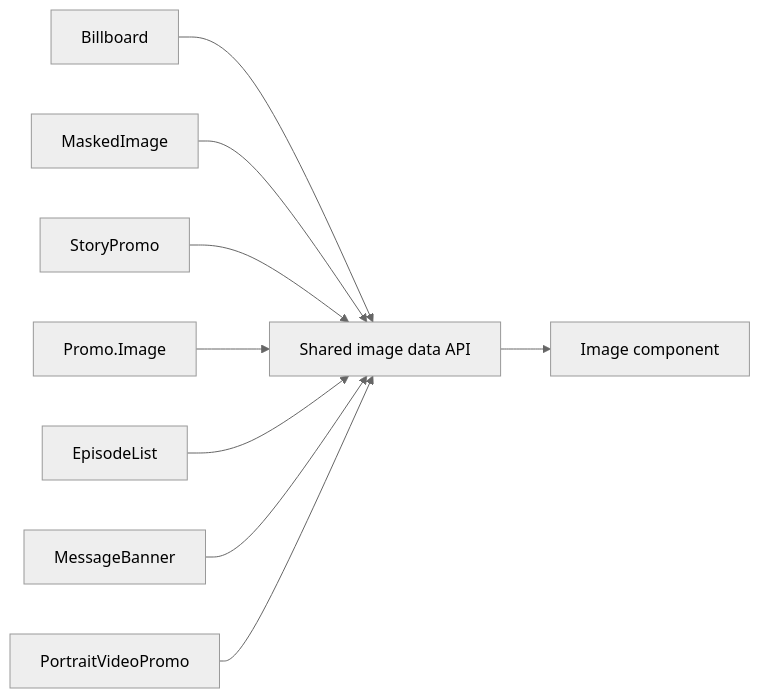
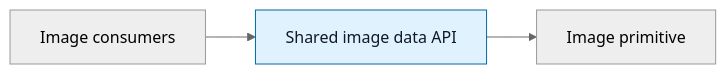
The third of 9 diagrams in ws-nextjs-app/Image-Platform-Presentation.md (bbc/simorgh), drawn with Mermaid (neutral theme) before and after one commit. The commit also changed other lines of this file, not shown here.

````diff
--- a/ws-nextjs-app/Image-Platform-Presentation.md
+++ b/ws-nextjs-app/Image-Platform-Presentation.md
@@ -203,11 +46,6 @@
 ```mermaid
 flowchart LR
-    B["Billboard"] --> API["Shared image data API"]
-    M["MaskedImage"] --> API
-    S["StoryPromo"] --> API
-    P["Promo.Image"] --> API
-    E["EpisodeList"] --> API
-    MB["MessageBanner"] --> API
-    V["PortraitVideoPromo"] --> API
-    API --> I["Image component"]
+    C["Image consumers"] --> A["Shared image data API"]
+    A --> I["Image primitive"]
+    style A fill:#e0f2fe,stroke:#0369a1,color:#111827
 ```
````
